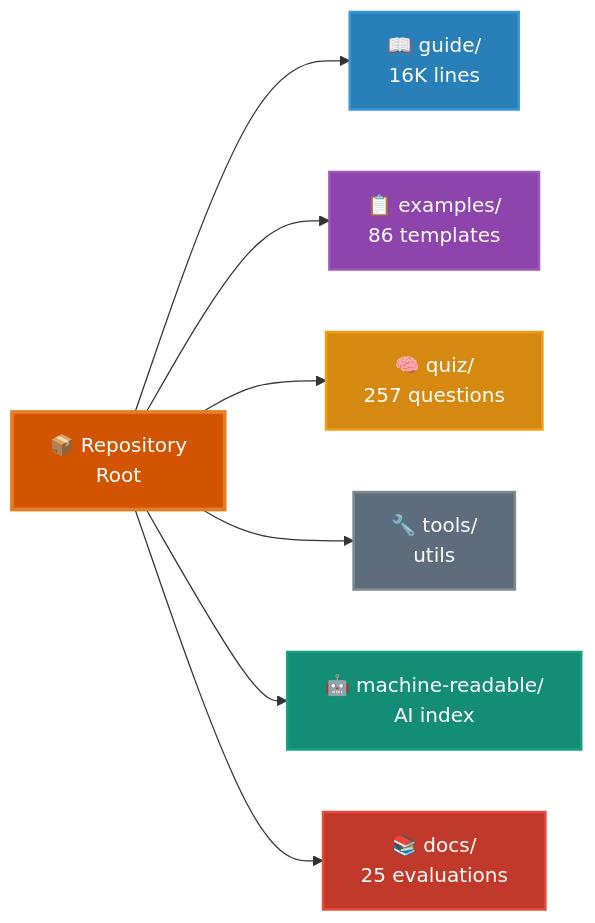
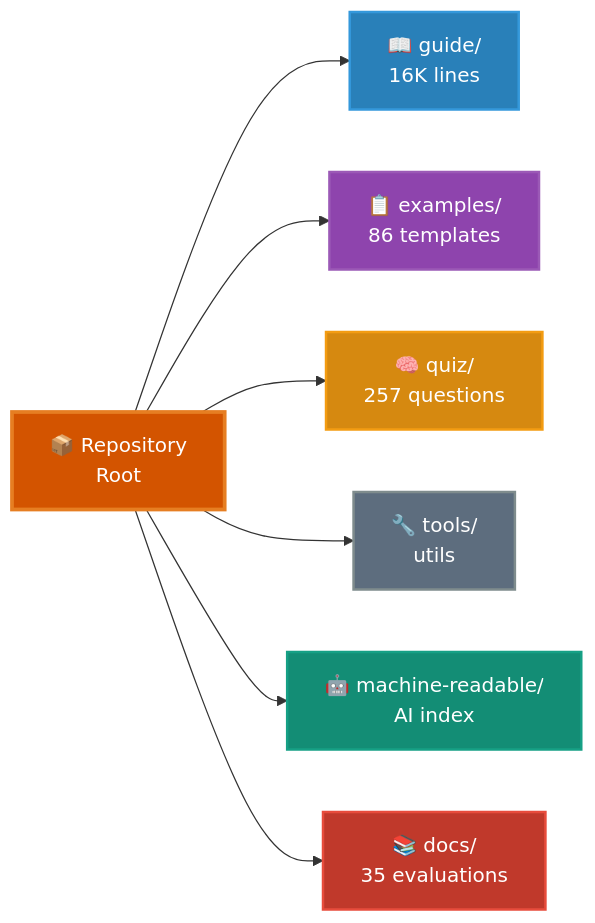
The diagram in README.md (scostello/claude-code-ultimate-guide), drawn with Mermaid before and after one commit. The commit also changed other lines of this file and 13 other files, not shown here.

````diff
--- a/README.md
+++ b/README.md
@@ -65,19 +65,19 @@
 ```mermaid
 graph LR
     root[📦 Repository<br/>Root]
 
     root --> guide[📖 guide/<br/>16K lines]
     root --> examples[📋 examples/<br/>86 templates]
     root --> quiz[🧠 quiz/<br/>257 questions]
     root --> tools[🔧 tools/<br/>utils]
     root --> machine[🤖 machine-readable/<br/>AI index]
-    root --> docs[📚 docs/<br/>25 evaluations]
+    root --> docs[📚 docs/<br/>35 evaluations]
 
     style root fill:#d35400,stroke:#e67e22,stroke-width:3px,color:#fff
     style guide fill:#2980b9,stroke:#3498db,stroke-width:2px,color:#fff
     style examples fill:#8e44ad,stroke:#9b59b6,stroke-width:2px,color:#fff
     style quiz fill:#d68910,stroke:#f39c12,stroke-width:2px,color:#fff
     style tools fill:#5d6d7e,stroke:#7f8c8d,stroke-width:2px,color:#fff
     style machine fill:#138d75,stroke:#16a085,stroke-width:2px,color:#fff
     style docs fill:#c0392b,stroke:#e74c3c,stroke-width:2px,color:#fff
 ```
````
